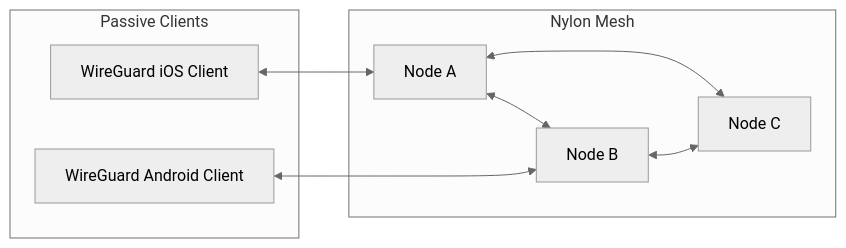
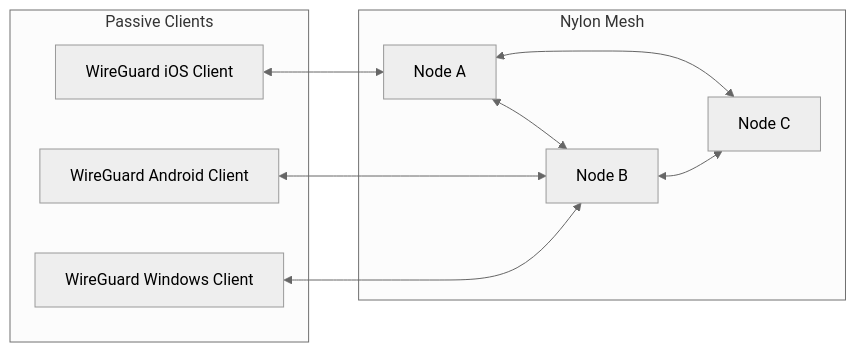
Before and after one commit to Evsio0n/nylon: the diagram in docs/guides/wg-clients.mdx, drawn with Mermaid (neutral theme). The commit also changed other lines of this file and 5 other files, not shown here.

````diff
--- a/docs/guides/wg-clients.mdx
+++ b/docs/guides/wg-clients.mdx
@@ -16,17 +16,19 @@
 ```mermaid
 graph LR
     subgraph "Nylon Mesh"
         N1[Node A]
         N2[Node B]
         N3[Node C]
         N1 <--> N2
         N2 <--> N3
         N3 <--> N1
     end
     subgraph "Passive Clients"
         P1[WireGuard iOS Client]
         P2[WireGuard Android Client]
+        P3[WireGuard Windows Client]
     end
     P1 <--> N1
     P2 <--> N2
+    P3 <--> N2
 ```
````
